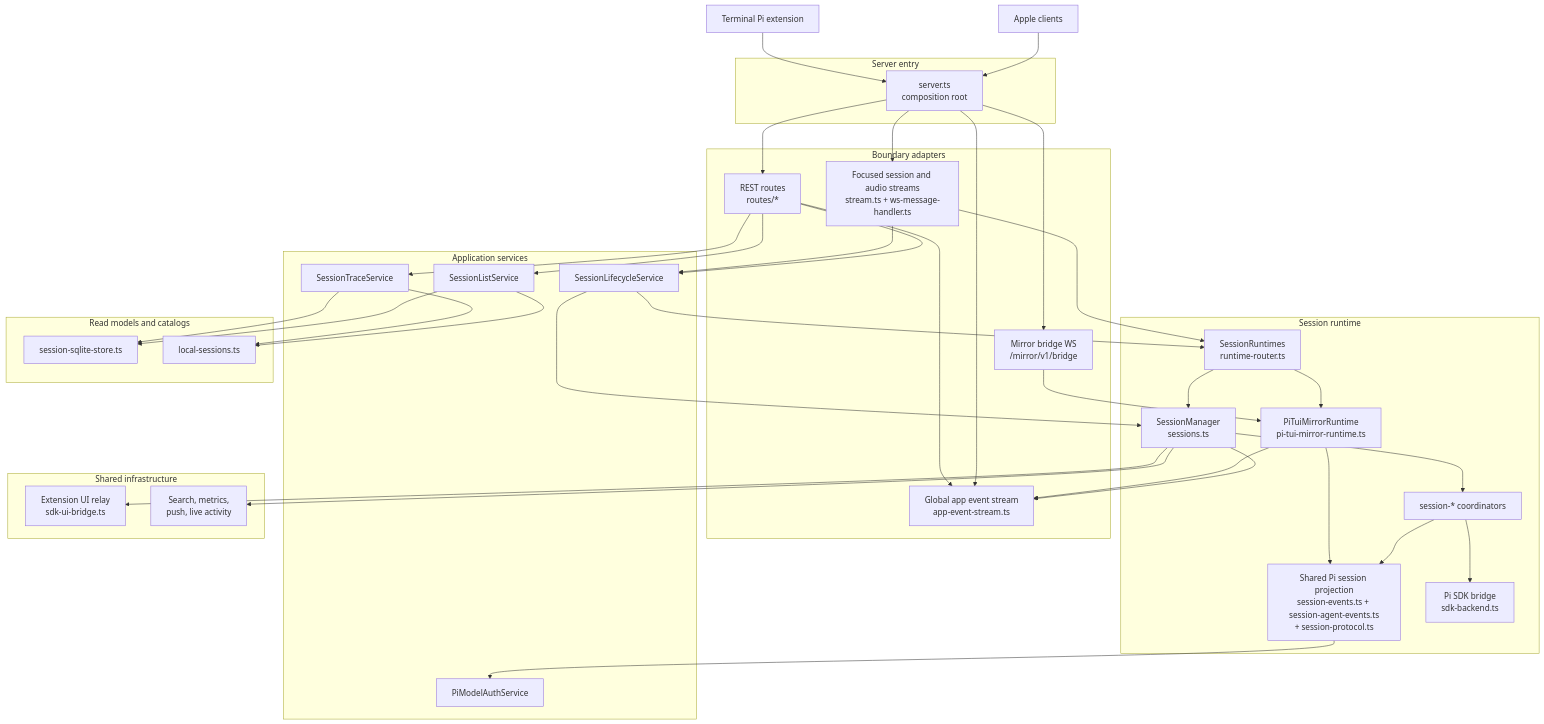
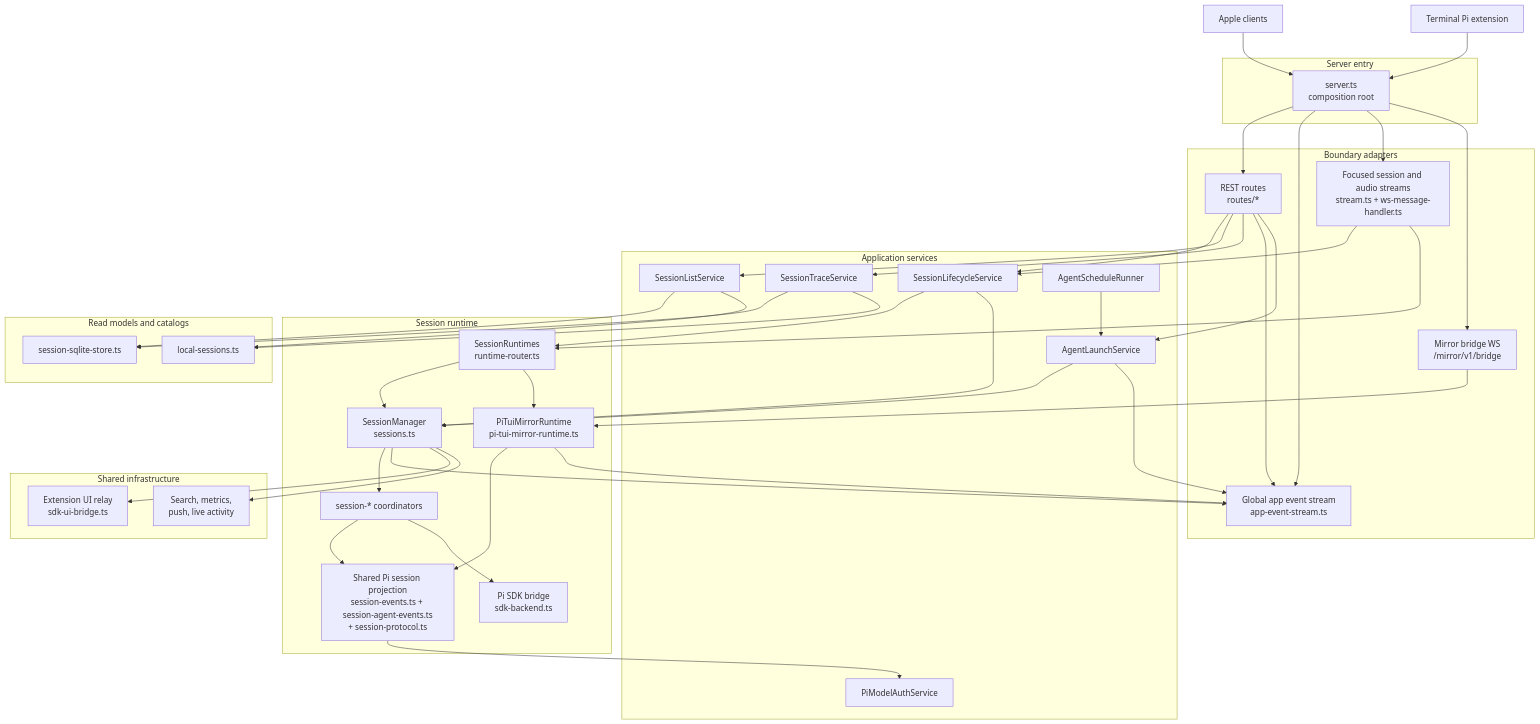
Before and after one commit to duh17/oppi: the first of 2 diagrams in docs/architecture-server.md, drawn with Mermaid. The commit also changed other lines of this file and 10 other files, not shown here.

````diff
--- a/docs/architecture-server.md
+++ b/docs/architecture-server.md
@@ -27,73 +28,79 @@
 ```mermaid
 graph TD
   Client[Apple clients]
   Terminal[Terminal Pi extension]
 
   subgraph Entry[Server entry]
     Root[server.ts<br/>composition root]
   end
 
   subgraph Boundaries[Boundary adapters]
     REST[REST routes<br/>routes/*]
     AppEvents[Global app event stream<br/>app-event-stream.ts]
     Live[Focused session and audio streams<br/>stream.ts + ws-message-handler.ts]
     MirrorWS[Mirror bridge WS<br/>/mirror/v1/bridge]
   end
 
   subgraph Services[Application services]
     Lifecycle[SessionLifecycleService]
     Lists[SessionListService]
     Trace[SessionTraceService]
     PiModel[PiModelAuthService]
+    AgentLaunch[AgentLaunchService]
+    ScheduleRunner[AgentScheduleRunner]
   end
 
   subgraph Runtime[Session runtime]
     Router[SessionRuntimes<br/>runtime-router.ts]
     Sessions[SessionManager<br/>sessions.ts]
     Mirror[PiTuiMirrorRuntime<br/>pi-tui-mirror-runtime.ts]
     Flow[session-* coordinators]
     Project[Shared Pi session projection<br/>session-events.ts + session-agent-events.ts<br/>+ session-protocol.ts]
     Pi[Pi SDK bridge<br/>sdk-backend.ts]
   end
 
   subgraph ReadModel[Read models and catalogs]
     Sqlite[session-sqlite-store.ts]
     LocalCatalog[local-sessions.ts]
   end
 
   subgraph Infrastructure[Shared infrastructure]
     ExtensionRelay[Extension UI relay<br/>sdk-ui-bridge.ts]
     Ops[Search, metrics,<br/>push, live activity]
   end
 
   Client --> Root
   Terminal --> Root
   Root --> REST
   Root --> AppEvents
   Root --> Live
   Root --> MirrorWS
   REST --> Lifecycle
   REST --> Lists
   REST --> Trace
   REST --> AppEvents
+  REST --> AgentLaunch
+  ScheduleRunner --> AgentLaunch
   Live --> Lifecycle
   Lifecycle --> Router
   Lifecycle --> Sessions
   Lists --> Sqlite
   Lists --> LocalCatalog
   Trace --> Sqlite
   Trace --> LocalCatalog
   Project --> PiModel
   Live --> Router
   MirrorWS --> Mirror
   Router --> Sessions
   Router --> Mirror
   Sessions --> Flow
   Flow --> Project
   Mirror --> Project
   Flow --> Pi
+  AgentLaunch --> Sessions
+  AgentLaunch --> AppEvents
   Sessions --> AppEvents
   Mirror --> AppEvents
   Sessions --> ExtensionRelay
   Sessions --> Ops
 ```
````
